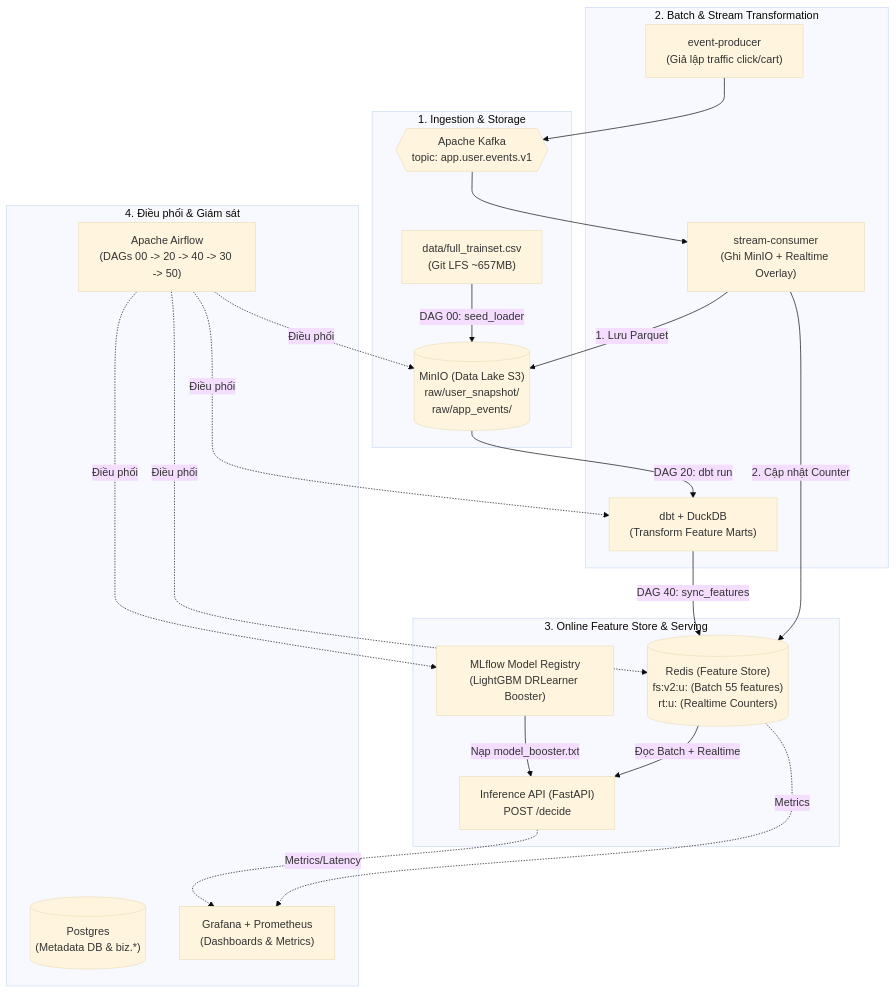
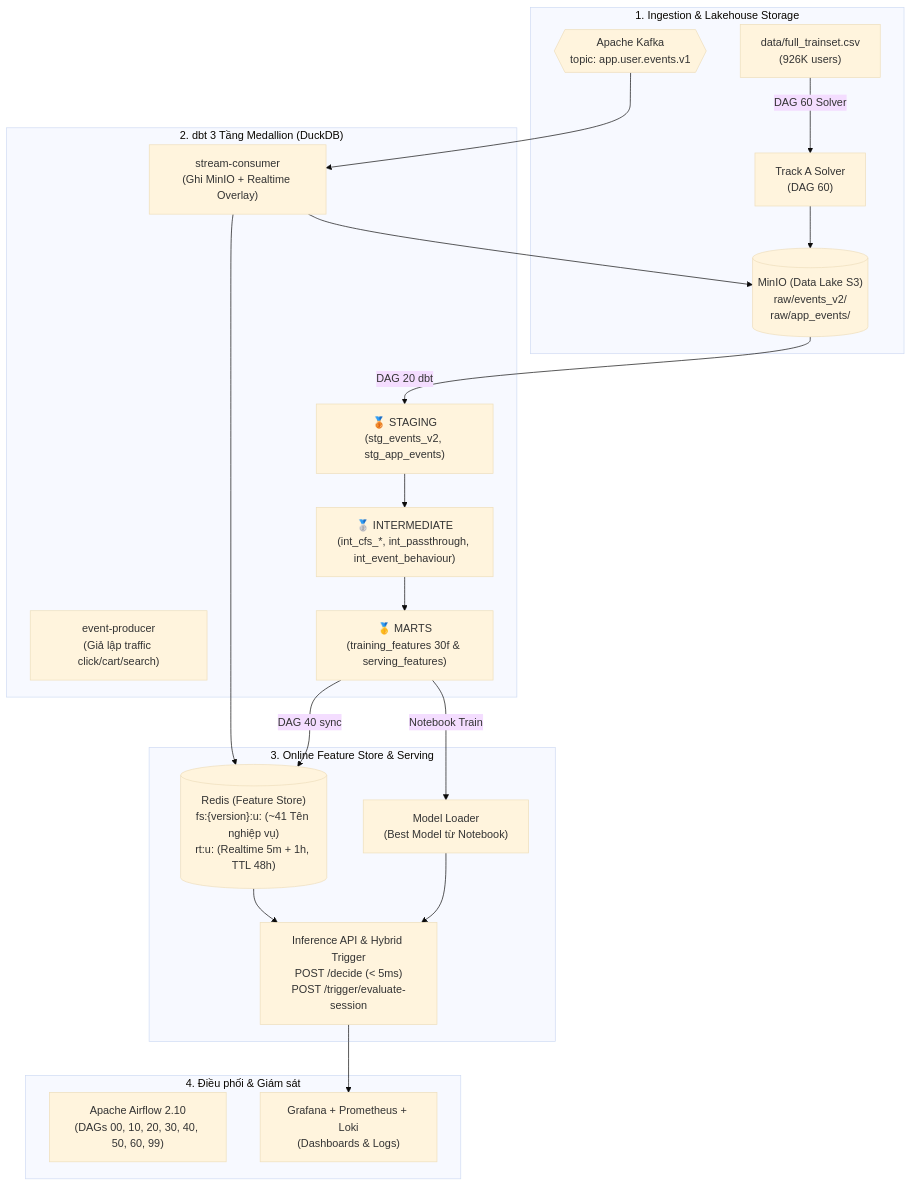
Before and after one commit to Lucy-98/LZD: the diagram in docs/HUONG_DAN_CHAY_END_TO_END.md, drawn with Mermaid (base theme). The commit also changed other lines of this file and 34 other files, not shown here.

First line of the commit message:
feat(pipeline): complete enterprise dual-speed data platform and medallion dbt models

````diff
--- a/docs/HUONG_DAN_CHAY_END_TO_END.md
+++ b/docs/HUONG_DAN_CHAY_END_TO_END.md
@@ -11,43 +23,37 @@
 ```mermaid
 flowchart TD
-    subgraph INGESTION["1. Ingestion & Storage"]
-        CSV["data/full_trainset.csv<br/>(Git LFS ~657MB)"]
-        MINIO[("MinIO (Data Lake S3)<br/>raw/user_snapshot/<br/>raw/app_events/")]
+    subgraph INGESTION["1. Ingestion & Lakehouse Storage"]
+        CSV["data/full_trainset.csv<br/>(926K users)"]
+        TRACK_A["Track A Solver<br/>(DAG 60)"]
+        MINIO[("MinIO (Data Lake S3)<br/>raw/events_v2/<br/>raw/app_events/")]
         KAFKA{{"Apache Kafka<br/>topic: app.user.events.v1"}}
     end
 
-    subgraph TRANSFORMATION["2. Batch & Stream Transformation"]
-        PRODUCER["event-producer<br/>(Giả lập traffic click/cart)"]
+    subgraph TRANSFORMATION["2. dbt 3 Tầng Medallion (DuckDB)"]
+        PRODUCER["event-producer<br/>(Giả lập traffic click/cart/search)"]
         CONSUMER["stream-consumer<br/>(Ghi MinIO + Realtime Overlay)"]
-        DBT["dbt + DuckDB<br/>(Transform Feature Marts)"]
+        DBT_STG["🥉 STAGING<br/>(stg_events_v2, stg_app_events)"]
+        DBT_INT["🥈 INTERMEDIATE<br/>(int_cfs_*, int_passthrough, int_event_behaviour)"]
+        DBT_MART["🥇 MARTS<br/>(training_features 30f & serving_features)"]
     end
 
     subgraph SERVING_LAYER["3. Online Feature Store & Serving"]
-        REDIS[("Redis (Feature Store)<br/>fs:v2:u: (Batch 55 features)<br/>rt:u: (Realtime Counters)")]
-        MLFLOW["MLflow Model Registry<br/>(LightGBM DRLearner Booster)"]
-        API["Inference API (FastAPI)<br/>POST /decide"]
+        REDIS[("Redis (Feature Store)<br/>fs:{version}:u: (~41 Tên nghiệp vụ)<br/>rt:u: (Realtime 5m + 1h, TTL 48h)")]
+        MODEL_LOADER["Model Loader<br/>(Best Model từ Notebook)"]
+        API["Inference API & Hybrid Trigger<br/>POST /decide (< 5ms)<br/>POST /trigger/evaluate-session"]
     end
 
     subgraph ORCHESTRATION["4. Điều phối & Giám sát"]
-        AIRFLOW["Apache Airflow<br/>(DAGs 00 -> 20 -> 40 -> 30 -> 50)"]
-        POSTGRES[("Postgres<br/>(Metadata DB & biz.*)")]
-        GRAFANA["Grafana + Prometheus<br/>(Dashboards & Metrics)"]
+        AIRFLOW["Apache Airflow 2.10<br/>(DAGs 00, 10, 20, 30, 40, 50, 60, 99)"]
+        GRAFANA["Grafana + Prometheus + Loki<br/>(Dashboards & Logs)"]
     end
 
-    %% Luồng dữ liệu
-    CSV -->|DAG 00: seed_loader| MINIO
-    MINIO -->|DAG 20: dbt run| DBT
-    DBT -->|DAG 40: sync_features| REDIS
-    PRODUCER --> KAFKA
+    CSV -->|DAG 60 Solver| TRACK_A --> MINIO
     KAFKA --> CONSUMER
-    CONSUMER -->|1. Lưu Parquet| MINIO
-    CONSUMER -->|2. Cập nhật Counter| REDIS
-    MLFLOW -->|Nạp model_booster.txt| API
-    REDIS -->|Đọc Batch + Realtime| API
-    AIRFLOW -.->|Điều phối| MINIO
-    AIRFLOW -.->|Điều phối| DBT
-    AIRFLOW -.->|Điều phối| REDIS
-    AIRFLOW -.->|Điều phối| MLFLOW
-    API -.->|Metrics/Latency| GRAFANA
-    REDIS -.->|Metrics| GRAFANA
+    CONSUMER --> MINIO & REDIS
+    MINIO -->|DAG 20 dbt| DBT_STG --> DBT_INT --> DBT_MART
+    DBT_MART -->|DAG 40 sync| REDIS
+    DBT_MART -->|Notebook Train| MODEL_LOADER
+    REDIS & MODEL_LOADER --> API
+    API --> GRAFANA
 ```
````
